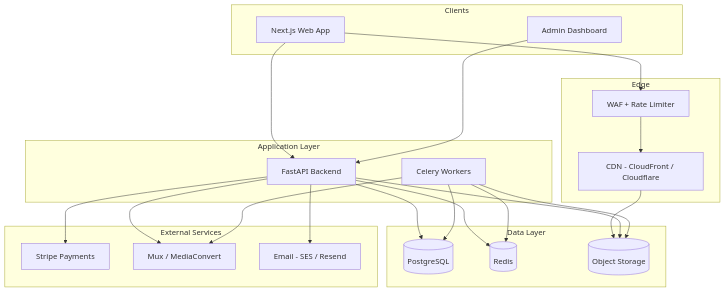
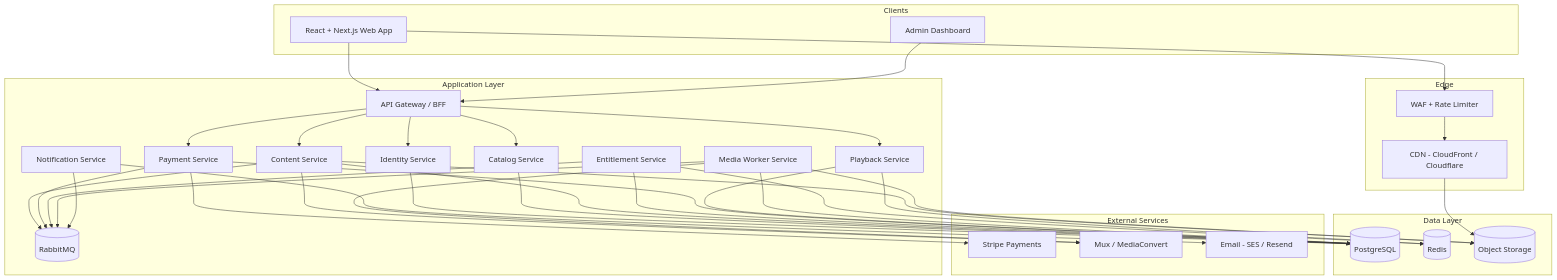
One commit to AshikurRahman-sec/Digimart changed the first of 3 diagrams in docs/ARCHITECTURE.md. Above: the diagram before and after it, drawn with Mermaid. The commit also changed other lines of this file and 136 other files, not shown here.

````diff
--- a/docs/ARCHITECTURE.md
+++ b/docs/ARCHITECTURE.md
@@ -17,44 +17,67 @@
 ```mermaid
 flowchart TB
     subgraph clients [Clients]
-        Web[Next.js Web App]
+        Web[React + Next.js Web App]
         Admin[Admin Dashboard]
     end
 
     subgraph edge [Edge]
         CDN[CDN - CloudFront / Cloudflare]
         WAF[WAF + Rate Limiter]
     end
 
     subgraph api [Application Layer]
-        API[FastAPI Backend]
-        Worker[Celery Workers]
+        Gateway[API Gateway / BFF]
+        Identity[Identity Service]
+        Catalog[Catalog Service]
+        Content[Content Service]
+        Entitlement[Entitlement Service]
+        Payment[Payment Service]
+        Playback[Playback Service]
+        Notification[Notification Service]
+        Worker[Media Worker Service]
+        Rabbit[(RabbitMQ)]
     end
 
     subgraph data [Data Layer]
         PG[(PostgreSQL)]
         Redis[(Redis)]
         S3[(Object Storage)]
     end
 
     subgraph external [External Services]
         Stripe[Stripe Payments]
         Mux[Mux / MediaConvert]
         Email[Email - SES / Resend]
     end
 
     Web --> WAF --> CDN
-    Web --> API
-    Admin --> API
+    Web --> Gateway
+    Admin --> Gateway
     CDN --> S3
-    API --> PG
-    API --> Redis
-    API --> S3
-    API --> Stripe
-    API --> Mux
+    Gateway --> Identity
+    Gateway --> Catalog
+    Gateway --> Content
+    Gateway --> Payment
+    Gateway --> Playback
+    Identity --> PG
+    Catalog --> PG
+    Content --> PG
+    Entitlement --> PG
+    Payment --> PG
+    Playback --> PG
+    Entitlement --> Redis
+    Playback --> Redis
+    Content --> S3
+    Payment --> Stripe
+    Content --> Mux
     Worker --> S3
     Worker --> Mux
     Worker --> PG
-    Worker --> Redis
-    API --> Email
+    Content --> Rabbit
+    Payment --> Rabbit
+    Entitlement --> Rabbit
+    Worker --> Rabbit
+    Notification --> Rabbit
+    Notification --> Email
 ```
````
